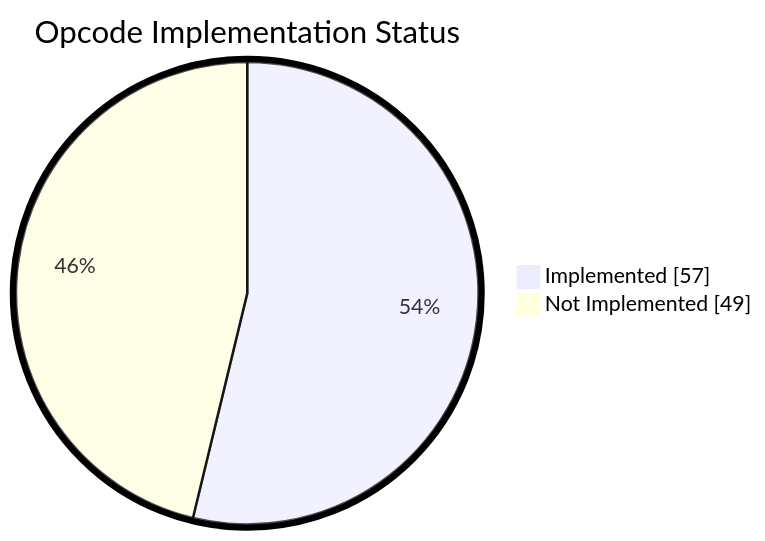
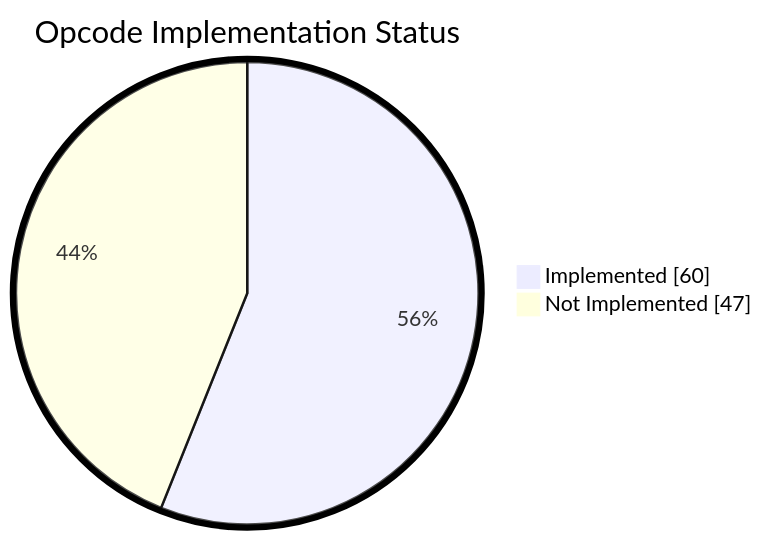
The diagram in README.md (keep-starknet-strange/shinigami), drawn with Mermaid before and after one commit. The commit also changed other lines of this file and 33 other files, not shown here.

````diff
--- a/README.md
+++ b/README.md
@@ -54,7 +54,7 @@
 ```mermaid
 %%{init: {"pie": {"textPosition": 0.75}, "themeVariables": {"pieOuterStrokeWidth": "5px"}} }%%
 pie showData
     title Opcode Implementation Status
-    "Implemented" : 57
-    "Not Implemented" : 49
+    "Implemented" : 60
+    "Not Implemented" : 47
 ```
````
